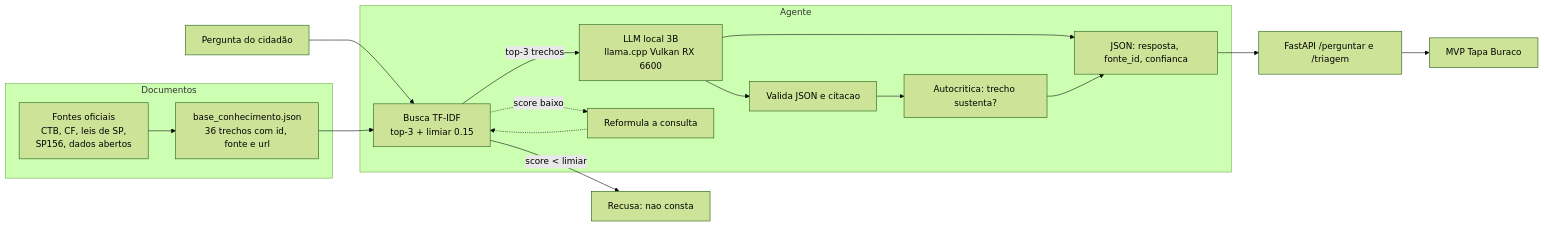
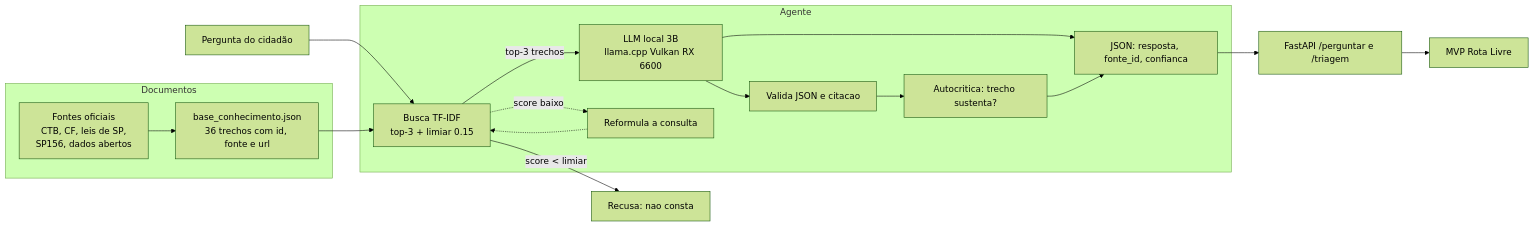
One commit to GabrielCatanzaro/Rota-livre-LLM changed the diagram in RELATORIO.md. Above: the diagram before and after it, drawn with Mermaid (forest theme). The commit also changed other lines of this file and 8 other files, not shown here.

First line of the commit message:
Renomeia o produto para Rota Livre

````diff
--- a/RELATORIO.md
+++ b/RELATORIO.md
@@ -35,16 +35,16 @@
 ```mermaid
 flowchart LR
     subgraph Documentos
         F[Fontes oficiais\nCTB, CF, leis de SP,\nSP156, dados abertos] --> B[base_conhecimento.json\n36 trechos com id, fonte e url]
     end
     P[Pergunta do cidadão] --> S[Busca TF-IDF\ntop-3 + limiar 0.15]
     B --> S
     S -- score < limiar --> R[Recusa: nao consta]
     S -- top-3 trechos --> L[LLM local 3B\nllama.cpp Vulkan RX 6600]
     L --> J[JSON: resposta, fonte_id, confianca]
     subgraph Agente
         L --> V[Valida JSON e citacao] --> C[Autocritica: trecho sustenta?] --> J
         S -. score baixo .-> Q[Reformula a consulta] -.-> S
     end
-    J --> API[FastAPI /perguntar e /triagem] --> MVP[MVP Tapa Buraco]
+    J --> API[FastAPI /perguntar e /triagem] --> MVP[MVP Rota Livre]
 ```
````
